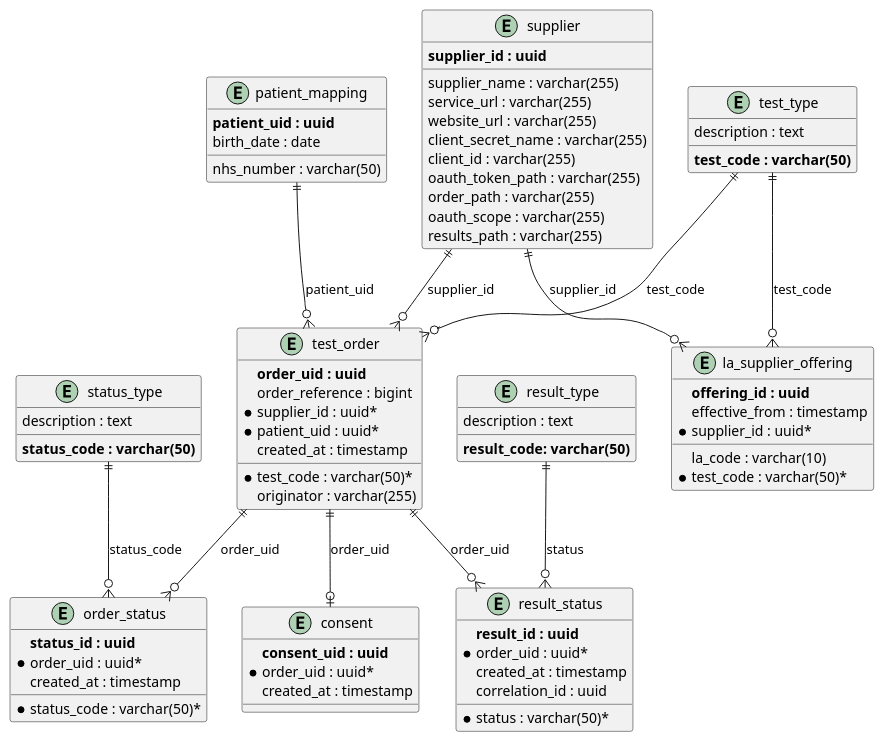
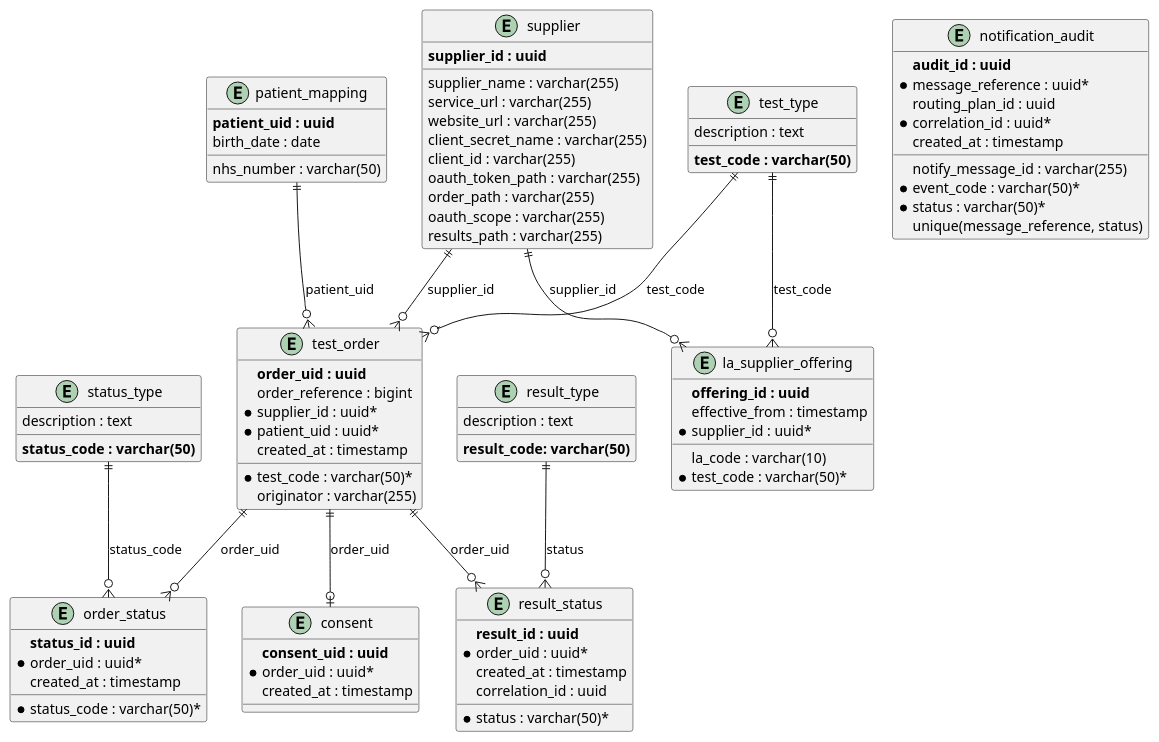
Before and after one commit to NHSDigital/hometest-service: the diagram in database/schema_diagram.puml, drawn with PlantUML. The commit also changed 1 other file, not shown here.

```diff
--- a/database/schema_diagram.puml
+++ b/database/schema_diagram.puml
@@ -1,90 +1,102 @@
 @startuml
 entity "patient_mapping" as patient {
   **patient_uid : uuid**
   nhs_number : varchar(50)
   birth_date : date
 }
 
 entity "test_type" as test {
   **test_code : varchar(50)**
   description : text
 }
 
 entity "supplier" as supplier {
   **supplier_id : uuid**
   supplier_name : varchar(255)
   service_url : varchar(255)
   website_url : varchar(255)
   client_secret_name : varchar(255)
   client_id : varchar(255)
   oauth_token_path : varchar(255)
   order_path : varchar(255)
   oauth_scope : varchar(255)
   results_path : varchar(255)
 }
 
 entity "la_supplier_offering" as offering {
   **offering_id : uuid**
   la_code : varchar(10)
   effective_from : timestamp
   *supplier_id : uuid*
   *test_code : varchar(50)*
 }
 
 entity "test_order" as orders {
   **order_uid : uuid**
   order_reference : bigint
   *supplier_id : uuid*
   *patient_uid : uuid*
   *test_code : varchar(50)*
   originator : varchar(255)
   created_at : timestamp
 }
 
 entity "status_type" as status_type {
   **status_code : varchar(50)**
   description : text
 }
 
 entity "order_status" as order_status {
   **status_id : uuid**
   *order_uid : uuid*
   *status_code : varchar(50)*
   created_at : timestamp
 }
 
 entity "result_type" as result_type {
   **result_code: varchar(50)**
   description : text
 }
 
 entity "result_status" as result_status {
   **result_id : uuid**
   *order_uid : uuid*
   *status : varchar(50)*
   created_at : timestamp
   correlation_id : uuid
 }
 
 entity "consent" as consent {
   **consent_uid : uuid**
   *order_uid : uuid*
   created_at : timestamp
 }
 
+entity "notification_audit" as notification_audit {
+  **audit_id : uuid**
+  *message_reference : uuid*
+  notify_message_id : varchar(255)
+  *event_code : varchar(50)*
+  routing_plan_id : uuid
+  *correlation_id : uuid*
+  *status : varchar(50)*
+  created_at : timestamp
+  unique(message_reference, status)
+}
+
 ' Relationships
 patient ||--o{ orders : "patient_uid"
 supplier ||--o{ orders : "supplier_id"
 test ||--o{ orders : "test_code"
 
 supplier ||--o{ offering : "supplier_id"
 test ||--o{ offering : "test_code"
 
 orders ||--o{ order_status : "order_uid"
 orders ||--o{ result_status : "order_uid"
 orders ||--o| consent : "order_uid"
 
 status_type ||--o{ order_status : "status_code"
 result_type ||--o{ result_status : "status"
 
 @enduml
```
